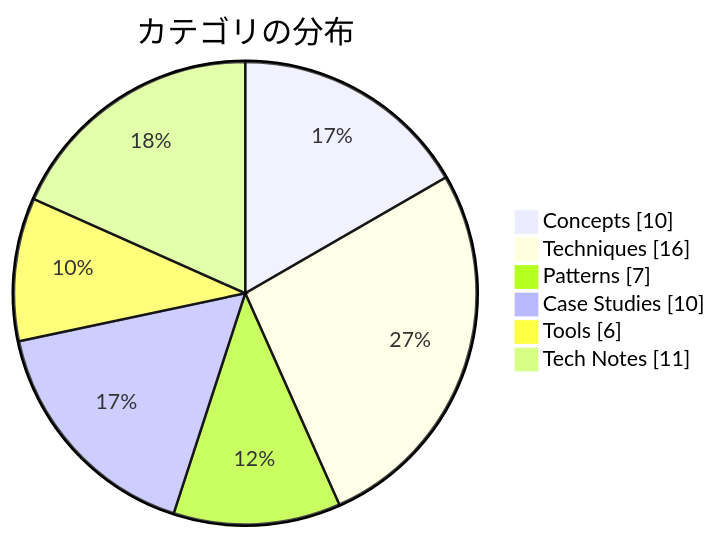
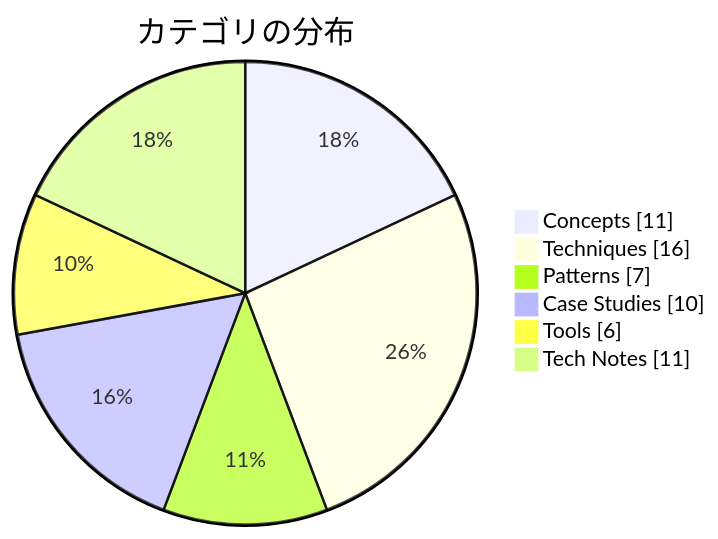
Before and after one commit to dinekt/dinekt-wiki: the second of 2 diagrams in docs/index.md, drawn with Mermaid. The commit also changed other lines of this file and 6 other files, not shown here.

````diff
--- a/docs/index.md
+++ b/docs/index.md
@@ -37,9 +37,9 @@
 ```mermaid
 pie showData title カテゴリの分布
-    "Concepts" : 10
+    "Concepts" : 11
     "Techniques" : 16
     "Patterns" : 7
     "Case Studies" : 10
     "Tools" : 6
     "Tech Notes" : 11
 ```
````
